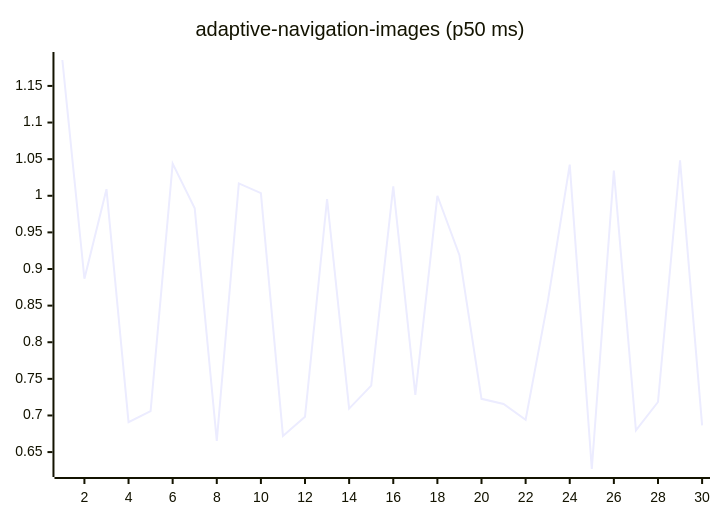
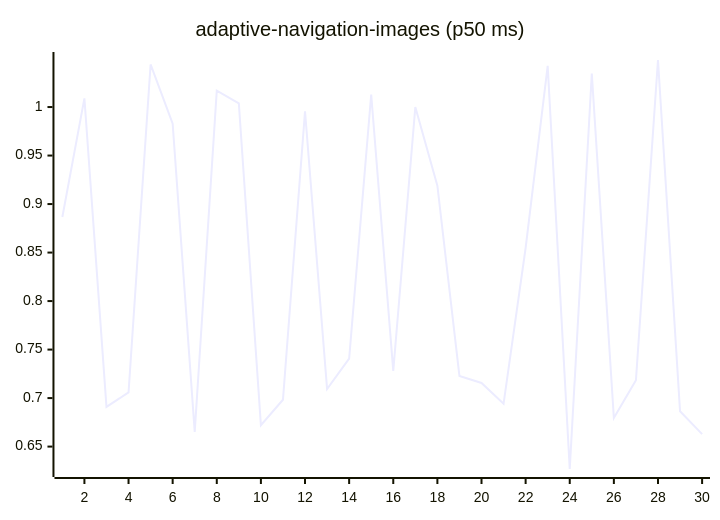
The first of 27 diagrams in README.md (josha/Facet), drawn with Mermaid before and after one commit. The commit also changed other lines of this file and 2 other files, not shown here.

````diff
--- a/README.md
+++ b/README.md
@@ -63,6 +63,6 @@
 ```mermaid
 xychart-beta
     title "adaptive-navigation-images (p50 ms)"
     x-axis 1 --> 30
-    line [1.1854, 0.8867, 1.0090, 0.6909, 0.7058, 1.0439, 0.9829, 0.6652, 1.0169, 1.0037, 0.6721, 0.6983, 0.9956, 0.7094, 0.7407, 1.0129, 0.7280, 1.0000, 0.9189, 0.7227, 0.7156, 0.6941, 0.8547, 1.0425, 0.6269, 1.0344, 0.6795, 0.7184, 1.0485, 0.6864]
+    line [0.8867, 1.0090, 0.6909, 0.7058, 1.0439, 0.9829, 0.6652, 1.0169, 1.0037, 0.6721, 0.6983, 0.9956, 0.7094, 0.7407, 1.0129, 0.7280, 1.0000, 0.9189, 0.7227, 0.7156, 0.6941, 0.8547, 1.0425, 0.6269, 1.0344, 0.6795, 0.7184, 1.0485, 0.6864, 0.6628]
 ```
````
